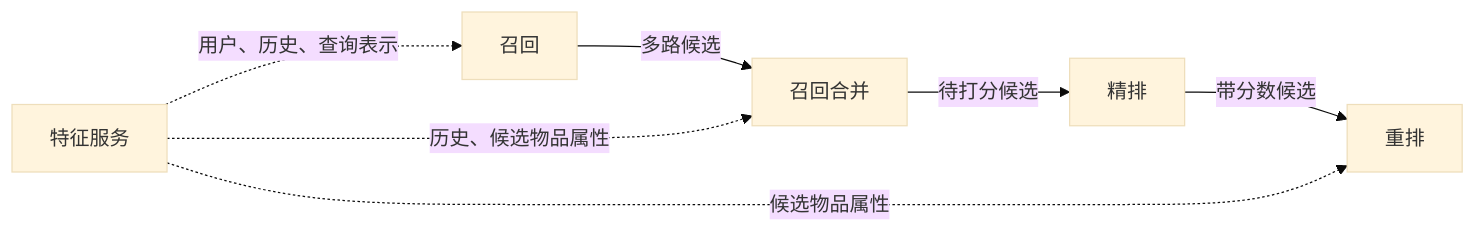
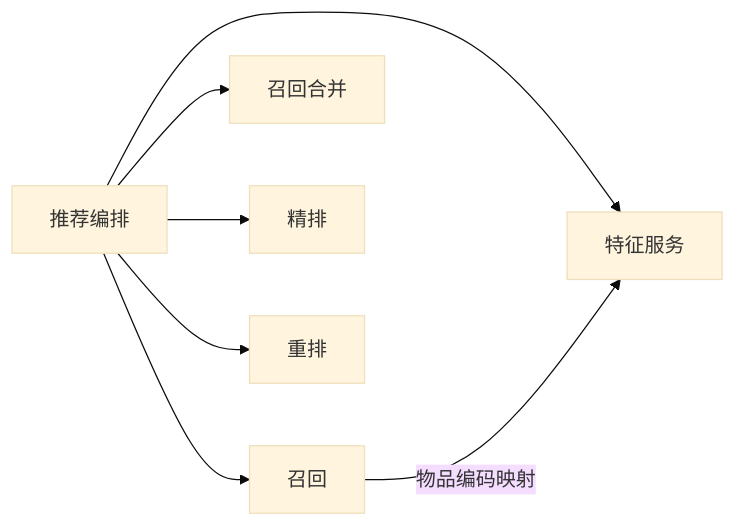
Before and after one commit to bitianyuan123/docs: the diagram in diagrams/01_system_01.mmd, drawn with Mermaid (base theme). The commit also changed 74 other files, not shown here.

```diff
--- a/diagrams/01_system_01.mmd
+++ b/diagrams/01_system_01.mmd
@@ -1,7 +1,7 @@
 flowchart LR
-    R[召回] -->|多路候选| M[召回合并]
-    M -->|待打分候选| S[精排]
-    S -->|带分数候选| O[重排]
-    F[特征服务] -.->|用户、历史、查询表示| R
-    F -.->|历史、候选物品属性| M
-    F -.->|候选物品属性| O
+    C[推荐编排] --> R[召回]
+    C --> M[召回合并]
+    C --> S[精排]
+    C --> O[重排]
+    C --> F[特征服务]
+    R -->|物品编码映射| F
```
